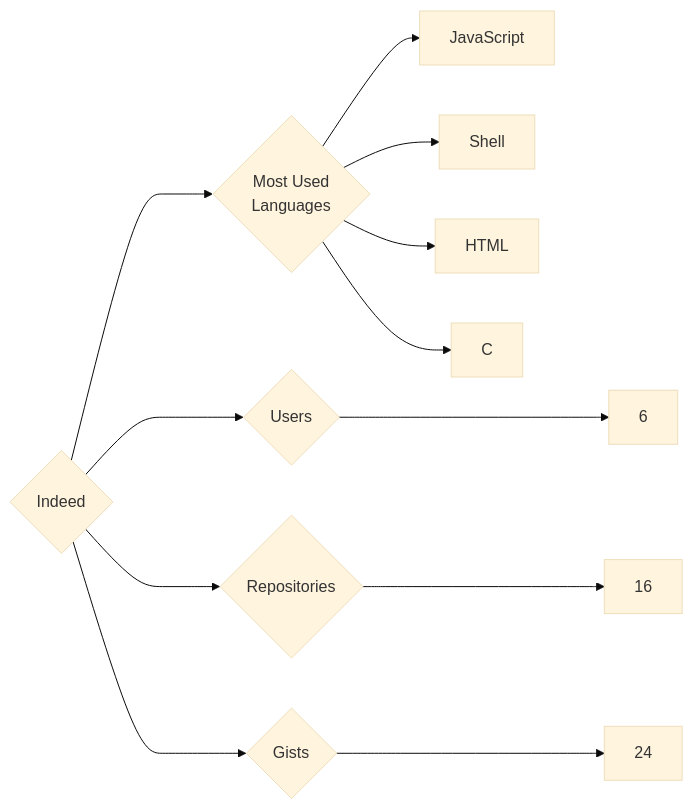
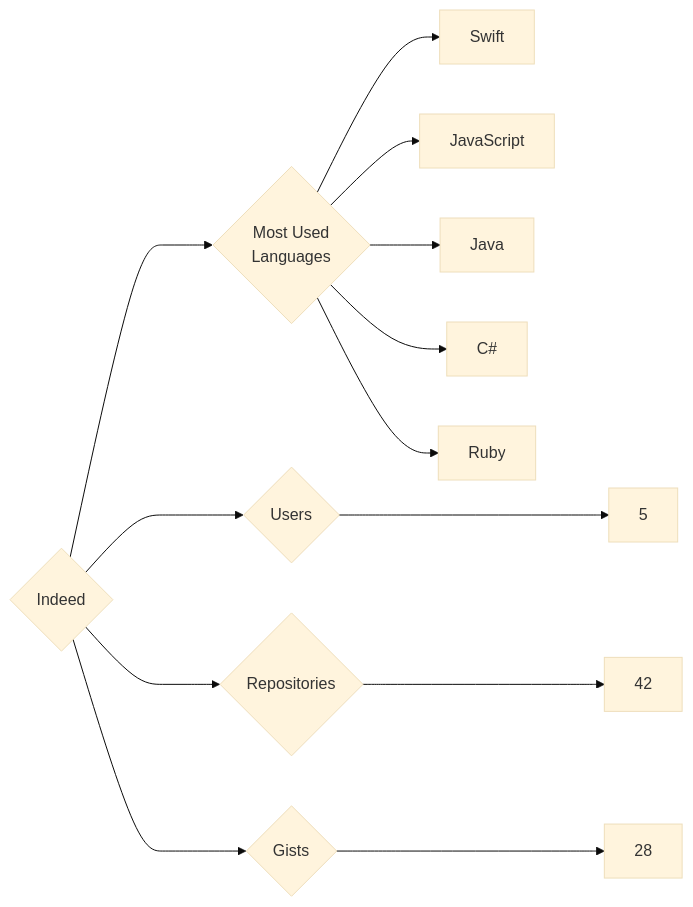
The diagram in targets/Indeed/README.md (trickest/insiders), drawn with Mermaid (base theme) before and after one commit. The commit also changed 776 other files, not shown here.

````diff
--- a/targets/Indeed/README.md
+++ b/targets/Indeed/README.md
@@ -3,12 +3,13 @@
 ```mermaid
 graph LR
 COMPANY_NAME{Indeed}
-COMPANY_NAME ---> U{Users} ---> UN[6]
-COMPANY_NAME ---> R{Repositories} ---> RN[16]
-COMPANY_NAME ---> G{Gists} ---> GN[24]
+COMPANY_NAME ---> U{Users} ---> UN[5]
+COMPANY_NAME ---> R{Repositories} ---> RN[42]
+COMPANY_NAME ---> G{Gists} ---> GN[28]
 COMPANY_NAME ---> ML{Most Used<br>Languages}
+ML --> Swift[Swift]
 ML --> JavaScript[JavaScript]
-ML --> Shell[Shell]
-ML --> HTML[HTML]
-ML --> C[C]
+ML --> Java[Java]
+ML --> C#[C#]
+ML --> Ruby[Ruby]
 ```
````
